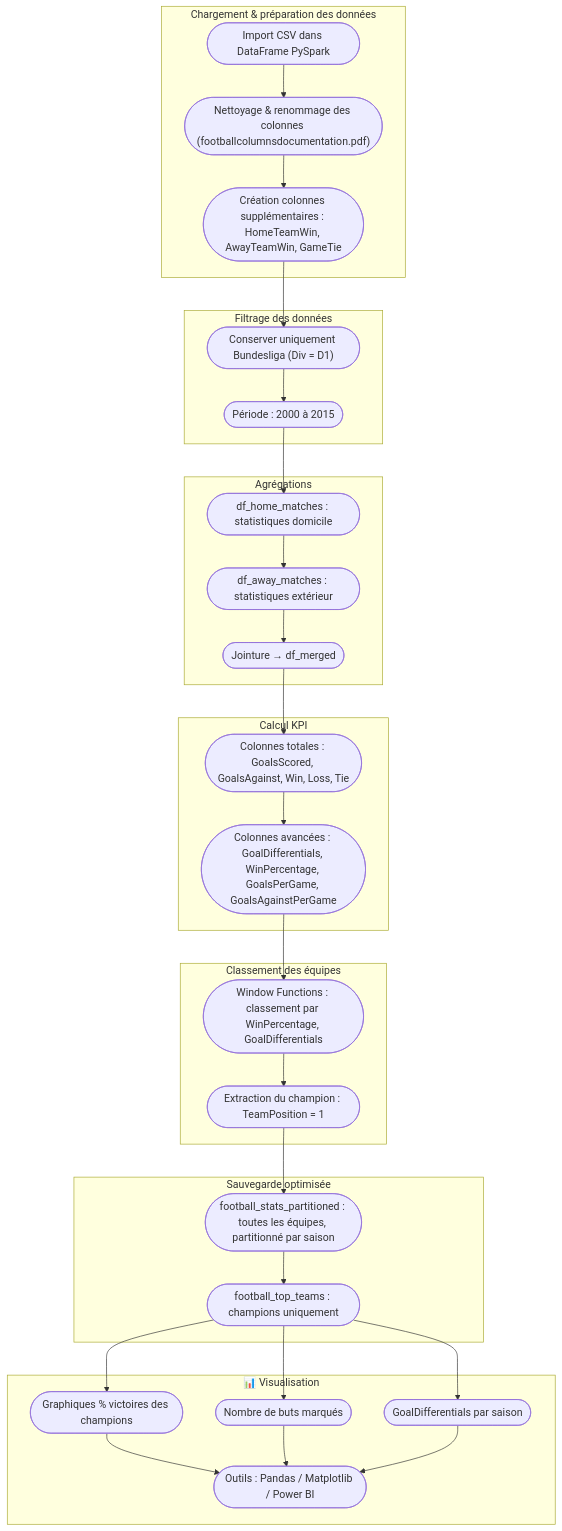
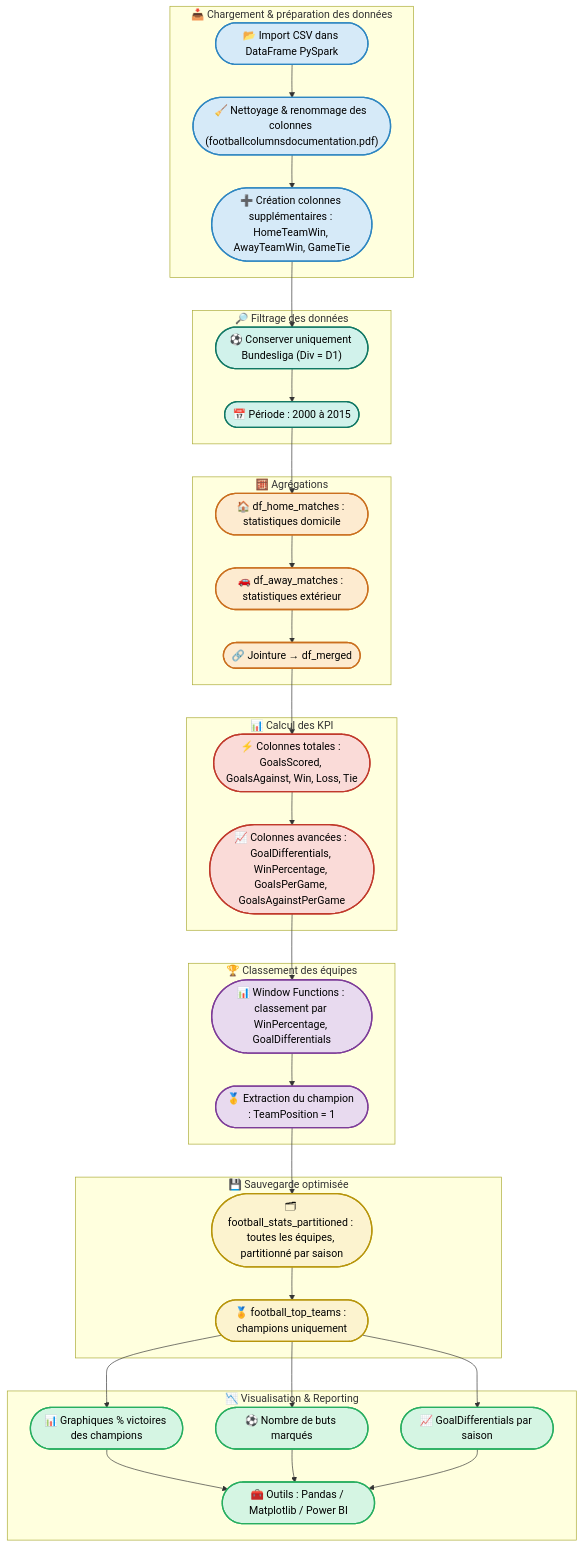
The diagram in README.md (SalimM21/Football-Data-Engineering-avec-PySpark-Databricks-et-Power-BI), drawn with Mermaid before and after one commit.

Commit message:
Update README with enhanced flowchart and styles

````diff
--- a/README.md
+++ b/README.md
@@ -33,64 +33,79 @@
 ```mermaid
 flowchart TB
     %% ========================
-    %%  Architecture du pipeline football
+    %% 🎯 ARCHITECTURE DU PIPELINE FOOTBALL
     %% ========================
 
-    %% Chargement et préparation des données
-    subgraph LOAD[" Chargement & préparation des données"]
-        LOAD1(["Import CSV dans DataFrame PySpark"])
-        LOAD2(["Nettoyage & renommage des colonnes (footballcolumnsdocumentation.pdf)"])
-        LOAD3(["Création colonnes supplémentaires : HomeTeamWin, AwayTeamWin, GameTie"])
+    %% === DÉFINITIONS DES STYLES ===
+    classDef load fill:#D6EAF8,stroke:#2E86C1,stroke-width:2px,color:#000,font-weight:bold;        %% Bleu clair
+    classDef filter fill:#D1F2EB,stroke:#117864,stroke-width:2px,color:#000,font-weight:bold;      %% Vert clair
+    classDef agg fill:#FDEBD0,stroke:#CA6F1E,stroke-width:2px,color:#000,font-weight:bold;         %% Orange clair
+    classDef kpi fill:#FADBD8,stroke:#C0392B,stroke-width:2px,color:#000,font-weight:bold;         %% Rouge clair
+    classDef rank fill:#E8DAEF,stroke:#7D3C98,stroke-width:2px,color:#000,font-weight:bold;        %% Violet
+    classDef save fill:#FCF3CF,stroke:#B7950B,stroke-width:2px,color:#000,font-weight:bold;        %% Jaune clair
+    classDef vis fill:#D5F5E3,stroke:#27AE60,stroke-width:2px,color:#000,font-weight:bold;         %% Vert tendre
+
+    %% === 1️⃣ CHARGEMENT & PRÉPARATION ===
+    subgraph LOAD["📥 Chargement & préparation des données"]
+        LOAD1(["📂 Import CSV dans DataFrame PySpark"])
+        LOAD2(["🧹 Nettoyage & renommage des colonnes (footballcolumnsdocumentation.pdf)"])
+        LOAD3(["➕ Création colonnes supplémentaires : HomeTeamWin, AwayTeamWin, GameTie"])
     end
+    class LOAD1,LOAD2,LOAD3 load;
 
-    %% Filtrage des données
-    subgraph FILTER[" Filtrage des données"]
-        FILTER1(["Conserver uniquement Bundesliga (Div = D1)"])
-        FILTER2(["Période : 2000 à 2015"])
+    %% === 2️⃣ FILTRAGE ===
+    subgraph FILTER["🔎 Filtrage des données"]
+        FILTER1(["⚽ Conserver uniquement Bundesliga (Div = D1)"])
+        FILTER2(["📅 Période : 2000 à 2015"])
     end
+    class FILTER1,FILTER2 filter;
 
-    %% Agrégations
-    subgraph AGG[" Agrégations"]
-        AGG1(["df_home_matches : statistiques domicile"])
-        AGG2(["df_away_matches : statistiques extérieur"])
-        AGG3(["Jointure → df_merged"])
+    %% === 3️⃣ AGRÉGATIONS ===
+    subgraph AGG["🧮 Agrégations"]
+        AGG1(["🏠 df_home_matches : statistiques domicile"])
+        AGG2(["🚗 df_away_matches : statistiques extérieur"])
+        AGG3(["🔗 Jointure → df_merged"])
     end
+    class AGG1,AGG2,AGG3 agg;
 
-    %% Calcul des KPI
-    subgraph KPI[" Calcul KPI"]
-        KPI1(["Colonnes totales : GoalsScored, GoalsAgainst, Win, Loss, Tie"])
-        KPI2(["Colonnes avancées : GoalDifferentials, WinPercentage, GoalsPerGame, GoalsAgainstPerGame"])
+    %% === 4️⃣ KPI ===
+    subgraph KPI["📊 Calcul des KPI"]
+        KPI1(["⚡ Colonnes totales : GoalsScored, GoalsAgainst, Win, Loss, Tie"])
+        KPI2(["📈 Colonnes avancées : GoalDifferentials, WinPercentage, GoalsPerGame, GoalsAgainstPerGame"])
     end
+    class KPI1,KPI2 kpi;
 
-    %% Classement des équipes
-    subgraph RANK[" Classement des équipes"]
-        RANK1(["Window Functions : classement par WinPercentage, GoalDifferentials"])
-        RANK2(["Extraction du champion : TeamPosition = 1"])
+    %% === 5️⃣ CLASSEMENT ===
+    subgraph RANK["🏆 Classement des équipes"]
+        RANK1(["📊 Window Functions : classement par WinPercentage, GoalDifferentials"])
+        RANK2(["🥇 Extraction du champion : TeamPosition = 1"])
     end
+    class RANK1,RANK2 rank;
 
-    %% Sauvegarde optimisée
-    subgraph SAVE[" Sauvegarde optimisée"]
-        SAVE1(["football_stats_partitioned : toutes les équipes, partitionné par saison"])
-        SAVE2(["football_top_teams : champions uniquement"])
+    %% === 6️⃣ SAUVEGARDE ===
+    subgraph SAVE["💾 Sauvegarde optimisée"]
+        SAVE1(["🗂 football_stats_partitioned : toutes les équipes, partitionné par saison"])
+        SAVE2(["🏅 football_top_teams : champions uniquement"])
     end
+    class SAVE1,SAVE2 save;
 
-    %% Visualisation
-    subgraph VIS["📊 Visualisation"]
-        VIS1(["Graphiques % victoires des champions"])
-        VIS2(["Nombre de buts marqués"])
-        VIS3(["GoalDifferentials par saison"])
-        VIS4(["Outils : Pandas / Matplotlib / Power BI"])
+    %% === 7️⃣ VISUALISATION ===
+    subgraph VIS["📉 Visualisation & Reporting"]
+        VIS1(["📊 Graphiques % victoires des champions"])
+        VIS2(["⚽ Nombre de buts marqués"])
+        VIS3(["📈 GoalDifferentials par saison"])
+        VIS4(["🧰 Outils : Pandas / Matplotlib / Power BI"])
     end
+    class VIS1,VIS2,VIS3,VIS4 vis;
 
-    %% ========================
-    %%  Flux
-    %% ========================
+    %% === 🔄 FLUX DU PIPELINE ===
     LOAD1 --> LOAD2 --> LOAD3 --> FILTER1 --> FILTER2 --> AGG1 --> AGG2 --> AGG3
     AGG3 --> KPI1 --> KPI2 --> RANK1 --> RANK2 --> SAVE1 --> SAVE2 --> VIS1
     SAVE2 --> VIS2
     SAVE2 --> VIS3
     VIS1 --> VIS4
     VIS2 --> VIS4
     VIS3 --> VIS4
 
+
 ```
````
